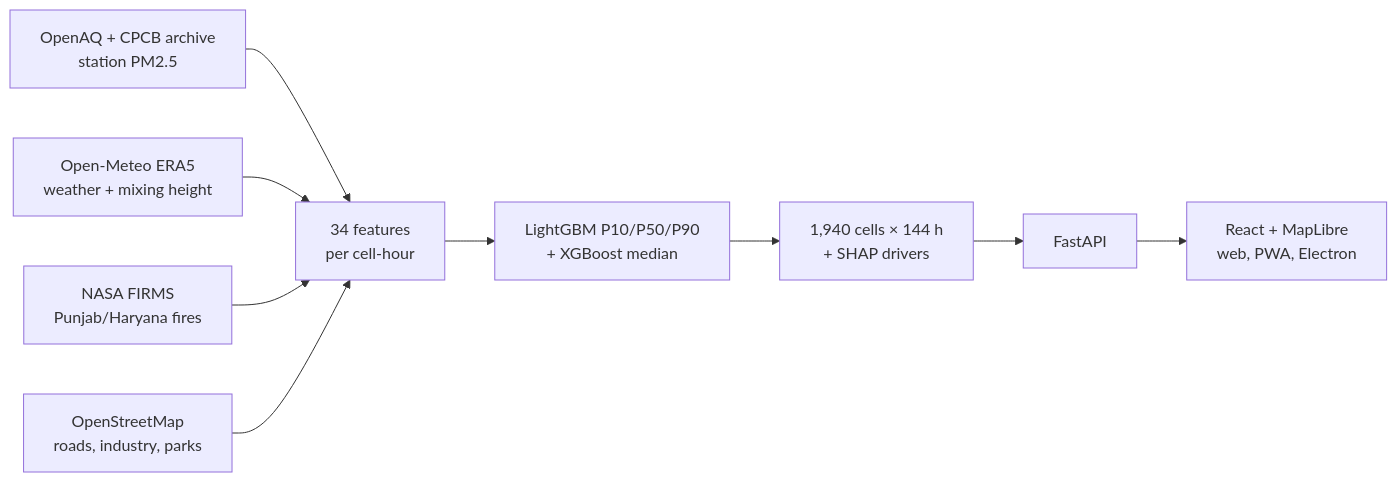
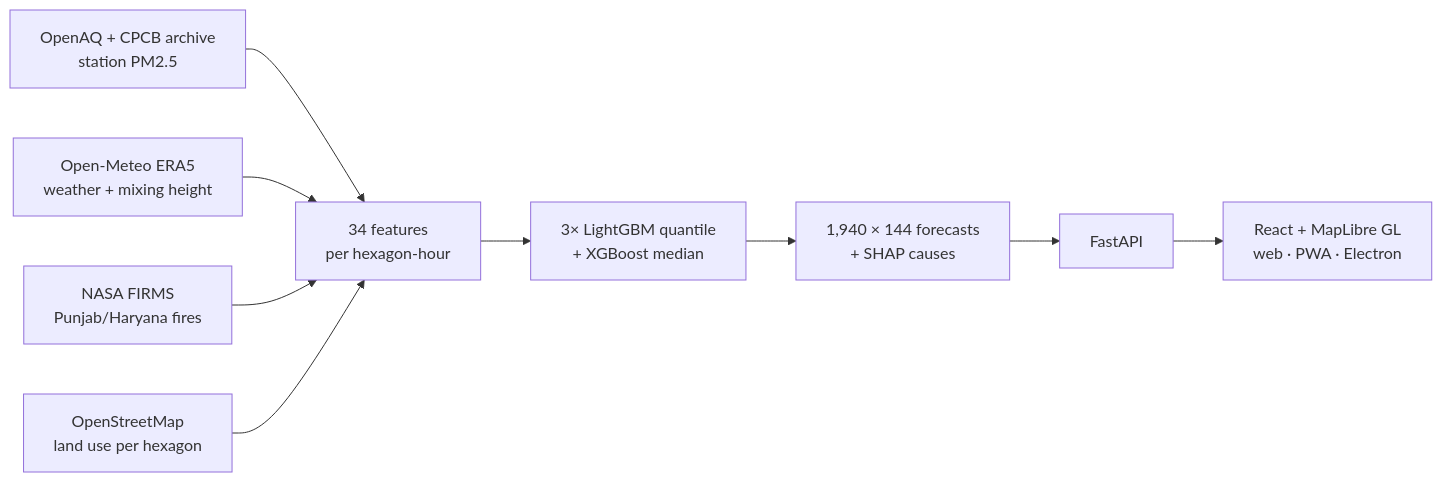
One commit to savenXD/Crimson-Ture changed the diagram in README.md. Above: the diagram before and after it, drawn with Mermaid. The commit also changed other lines of this file and 12 other files, not shown here.

````diff
--- a/README.md
+++ b/README.md
@@ -93,10 +132,10 @@
 ```mermaid
 flowchart LR
   A[OpenAQ + CPCB archive<br/>station PM2.5] --> F
   B[Open-Meteo ERA5<br/>weather + mixing height] --> F
   C[NASA FIRMS<br/>Punjab/Haryana fires] --> F
-  D[OpenStreetMap<br/>roads, industry, parks] --> F
-  F[34 features<br/>per cell-hour] --> M[LightGBM P10/P50/P90<br/>+ XGBoost median]
-  M --> P[1,940 cells × 144 h<br/>+ SHAP drivers]
-  P --> S[FastAPI] --> W[React + MapLibre<br/>web, PWA, Electron]
+  D[OpenStreetMap<br/>land use per hexagon] --> F
+  F[34 features<br/>per hexagon-hour] --> M[3× LightGBM quantile<br/>+ XGBoost median]
+  M --> P[1,940 × 144 forecasts<br/>+ SHAP causes]
+  P --> S[FastAPI] --> W[React + MapLibre GL<br/>web · PWA · Electron]
 ```
````
